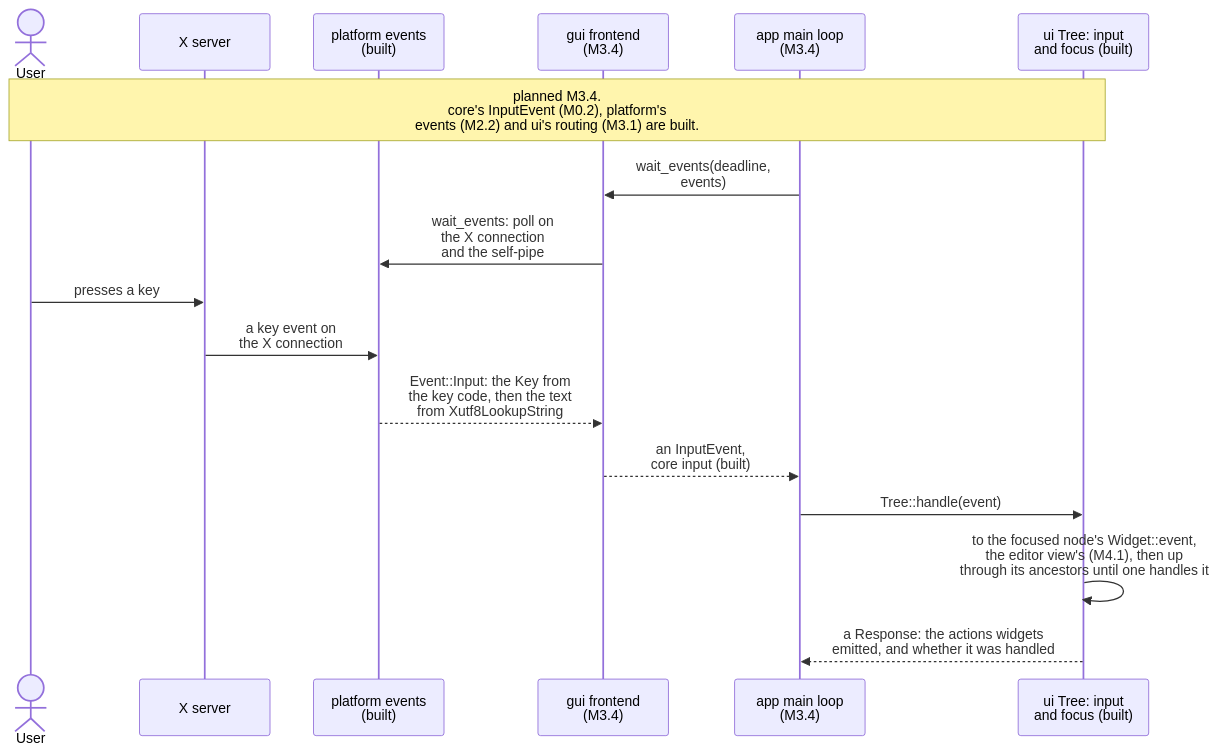
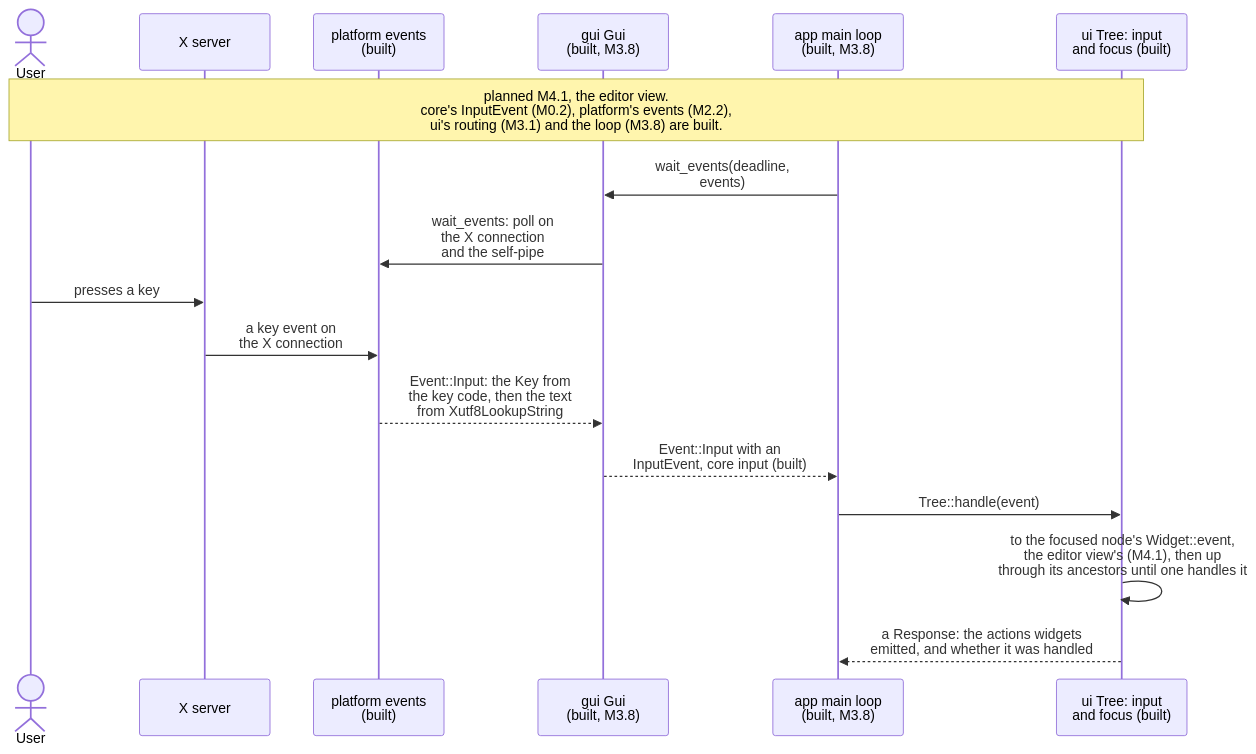
Before and after one commit to jabbott-iii/Tidepool: diagram 12 of 24 in diagrams/sequence-diagrams.md, drawn with Mermaid. The commit also changed other lines of this file and 27 other files, not shown here.

First line of the commit message:
feat(gui,app)!: the event-driven main loop (M3.8, ADR-0059)

````diff
--- a/diagrams/sequence-diagrams.md
+++ b/diagrams/sequence-diagrams.md
@@ -656,20 +653,20 @@
 ```mermaid
 sequenceDiagram
     actor User
     participant Disp as X server
     participant Plat as platform events<br/>(built)
-    participant Fe as gui frontend<br/>(M3.4)
-    participant ML as app main loop<br/>(M3.4)
+    participant Fe as gui Gui<br/>(built, M3.8)
+    participant ML as app main loop<br/>(built, M3.8)
     participant Ui as ui Tree: input<br/>and focus (built)
 
-    Note over User,Ui: planned M3.4.<br/>core's InputEvent (M0.2), platform's<br/>events (M2.2) and ui's routing (M3.1) are built.
+    Note over User,Ui: planned M4.1, the editor view.<br/>core's InputEvent (M0.2), platform's events (M2.2),<br/>ui's routing (M3.1) and the loop (M3.8) are built.
     ML->>Fe: wait_events(deadline,<br/>events)
     Fe->>Plat: wait_events: poll on<br/>the X connection<br/>and the self-pipe
     User->>Disp: presses a key
     Disp->>Plat: a key event on<br/>the X connection
     Plat-->>Fe: Event::Input: the Key from<br/>the key code, then the text<br/>from Xutf8LookupString
-    Fe-->>ML: an InputEvent,<br/>core input (built)
+    Fe-->>ML: Event::Input with an<br/>InputEvent, core input (built)
     ML->>Ui: Tree::handle(event)
     Ui->>Ui: to the focused node's Widget::event,<br/>the editor view's (M4.1), then up<br/>through its ancestors until one handles it
     Ui-->>ML: a Response: the actions widgets<br/>emitted, and whether it was handled
 ```
````
